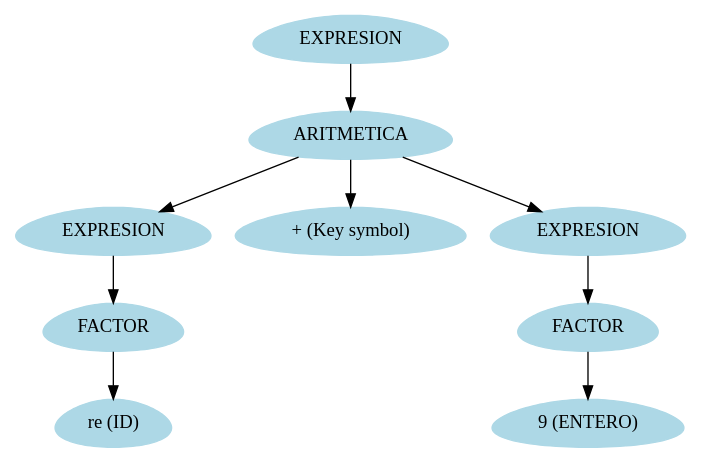
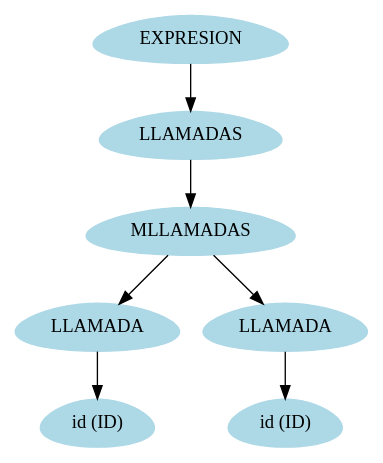
The diagram in [OLC2]Proyecto1/Leng_1x_form/Xform/Xform/bin/Debug/arbolAst.dot (Losajhonny/CPPOLC2), drawn with Graphviz before and after one commit. The commit also changed 11 other files, not shown here.

```diff
--- a/[OLC2]Proyecto1/Leng_1x_form/Xform/Xform/bin/Debug/arbolAst.dot
+++ b/[OLC2]Proyecto1/Leng_1x_form/Xform/Xform/bin/Debug/arbolAst.dot
@@ -1,20 +1,16 @@
 digraph grafo{
 node [shape = egg];
-9343812[label="EXPRESION", style = filled, color = lightblue];
-17818390[label="ARITMETICA", style = filled, color = lightblue];
-9343812->17818390;
-63630067[label="EXPRESION", style = filled, color = lightblue];
-17818390->63630067;
-44780731[label="FACTOR", style = filled, color = lightblue];
-63630067->44780731;
-1867017[label="re (ID)", style = filled, color = lightblue];
-44780731->1867017;
-16906910[label="+ (Key symbol)", style = filled, color = lightblue];
-17818390->16906910;
-22613453[label="EXPRESION", style = filled, color = lightblue];
-17818390->22613453;
-10972427[label="FACTOR", style = filled, color = lightblue];
-22613453->10972427;
-23997172[label="9 (ENTERO)", style = filled, color = lightblue];
-10972427->23997172;
+10261382[label="EXPRESION", style = filled, color = lightblue];
+59109011[label="LLAMADAS", style = filled, color = lightblue];
+10261382->59109011;
+42659827[label="MLLAMADAS", style = filled, color = lightblue];
+59109011->42659827;
+40644060[label="LLAMADA", style = filled, color = lightblue];
+42659827->40644060;
+17043416[label="id (ID)", style = filled, color = lightblue];
+40644060->17043416;
+28756230[label="LLAMADA", style = filled, color = lightblue];
+42659827->28756230;
+18961937[label="id (ID)", style = filled, color = lightblue];
+28756230->18961937;
 }
```
